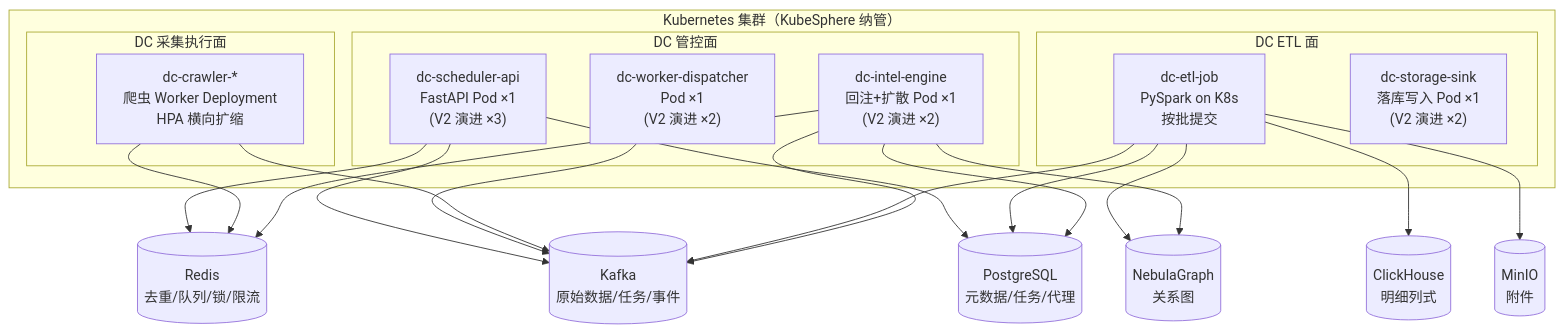
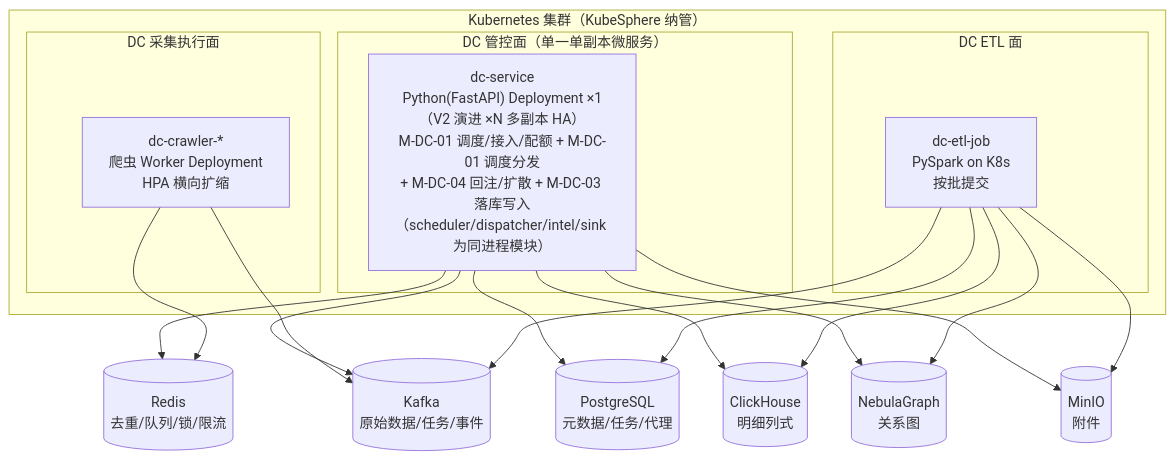
Before and after one commit to Sj-g/obsidian: the first of 9 diagrams in 公司项目/认知作战/文档/软件详细设计说明-DC子系统.md, drawn with Mermaid. The commit also changed other lines of this file and 3 other files, not shown here.

````diff
--- a/公司项目/认知作战/文档/软件详细设计说明-DC子系统.md
+++ b/公司项目/认知作战/文档/软件详细设计说明-DC子系统.md
@@ -87,29 +87,24 @@
 ```mermaid
 flowchart TB
     subgraph K8s["Kubernetes 集群（KubeSphere 纳管）"]
-        subgraph DC_CTRL["DC 管控面"]
-            API["dc-scheduler-api<br/>FastAPI Pod ×1<br/>(V2 演进 ×3)"]
-            WORKER_CTRL["dc-worker-dispatcher<br/>Pod ×1<br/>(V2 演进 ×2)"]
-            INTEL["dc-intel-engine<br/>回注+扩散 Pod ×1<br/>(V2 演进 ×2)"]
+        subgraph DC_CTRL["DC 管控面（单一单副本微服务）"]
+            SVC["dc-service<br/>Python(FastAPI) Deployment ×1<br/>（V2 演进 ×N 多副本 HA）<br/>M-DC-01 调度/接入/配额 + M-DC-01 调度分发<br/>+ M-DC-04 回注/扩散 + M-DC-03 落库写入<br/>（scheduler/dispatcher/intel/sink 为同进程模块）"]
         end
         subgraph DC_EXEC["DC 采集执行面"]
             CRAWLER["dc-crawler-*<br/>爬虫 Worker Deployment<br/>HPA 横向扩缩"]
         end
         subgraph DC_ETL["DC ETL 面"]
             ETL["dc-etl-job<br/>PySpark on K8s<br/>按批提交"]
-            SINK["dc-storage-sink<br/>落库写入 Pod ×1<br/>(V2 演进 ×2)"]
         end
     end
     PG[("PostgreSQL<br/>元数据/任务/代理")]
     RD[("Redis<br/>去重/队列/锁/限流")]
     KF[("Kafka<br/>原始数据/任务/事件")]
     CH[("ClickHouse<br/>明细列式")]
     NG[("NebulaGraph<br/>关系图")]
     MN[("MinIO<br/>附件")]
 
-    API --> RD & KF & PG
-    WORKER_CTRL --> KF
+    SVC --> RD & KF & PG & CH & NG & MN
     CRAWLER --> KF & RD
     ETL --> KF & CH & PG & NG & MN
-    INTEL --> KF & RD & NG & PG
 ```
````
